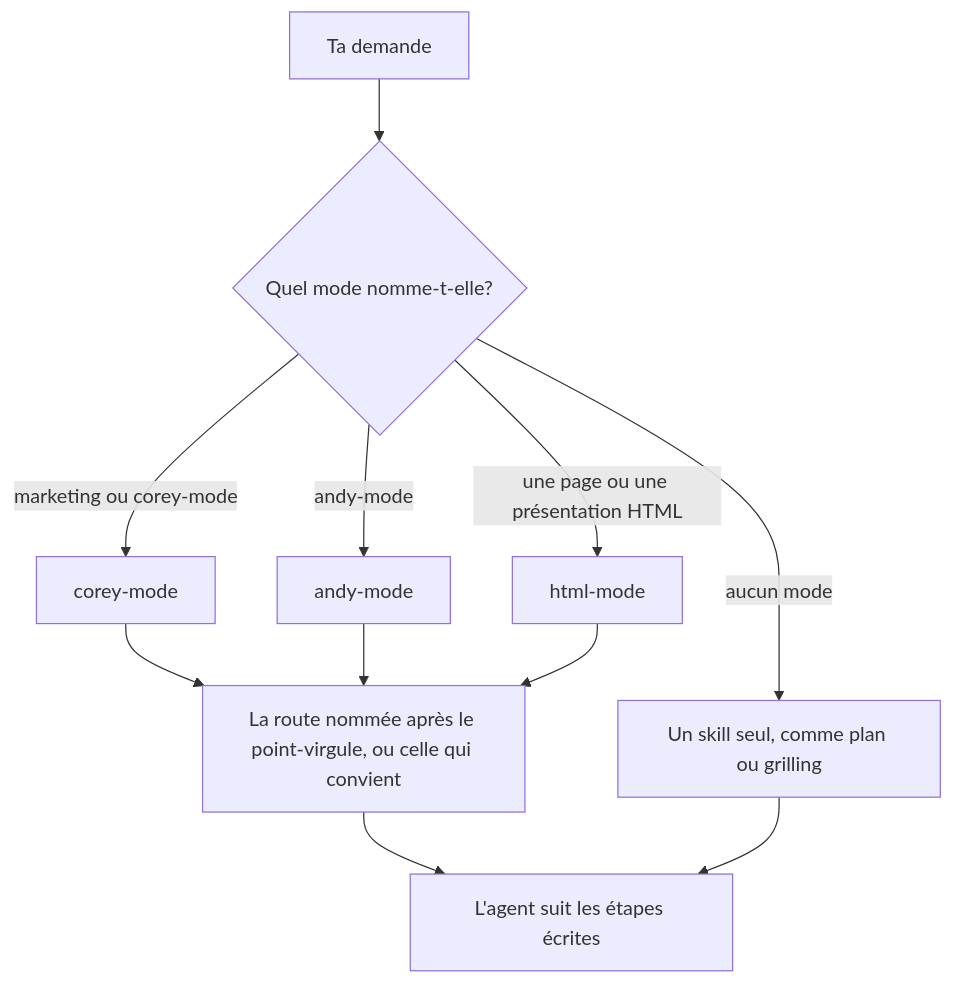
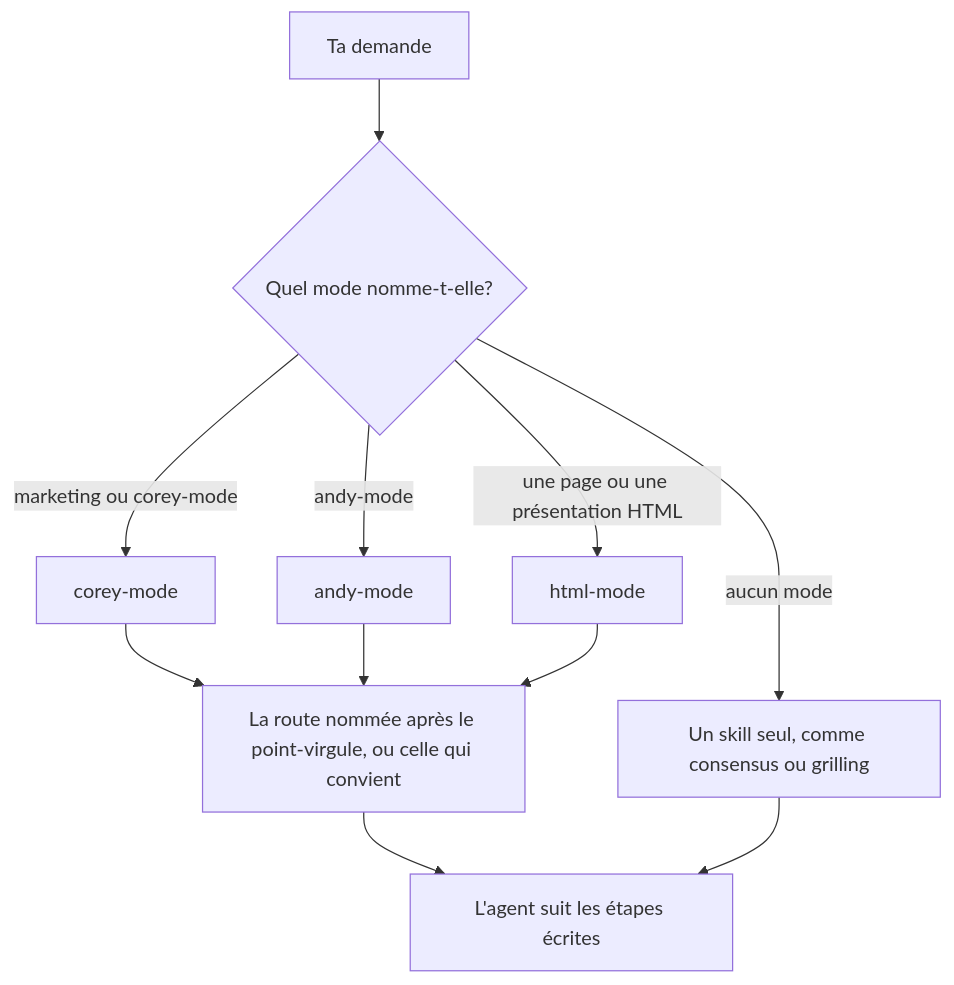
Before and after one commit to pascalandy/skills: the diagram in docs/guide-fr-ca/03-modes.md, drawn with Mermaid. The commit also changed other lines of this file and 18 other files, not shown here.

First line of the commit message:
🧰 skill: consensus: replace plan, and teach it in the guides (#571)

````diff
--- a/docs/guide-fr-ca/03-modes.md
+++ b/docs/guide-fr-ca/03-modes.md
@@ -5,13 +5,13 @@
 ```mermaid
 flowchart TD
     A[Ta demande] --> B{Quel mode nomme-t-elle?}
     B -->|marketing ou corey-mode| C[corey-mode]
     B -->|andy-mode| D[andy-mode]
     B -->|une page ou une présentation HTML| E[html-mode]
-    B -->|aucun mode| F[Un skill seul, comme plan ou grilling]
+    B -->|aucun mode| F[Un skill seul, comme consensus ou grilling]
     C --> G[La route nommée après le point-virgule, ou celle qui convient]
     D --> G
     E --> G
     G --> H[L'agent suit les étapes écrites]
     F --> H
 ```
````
